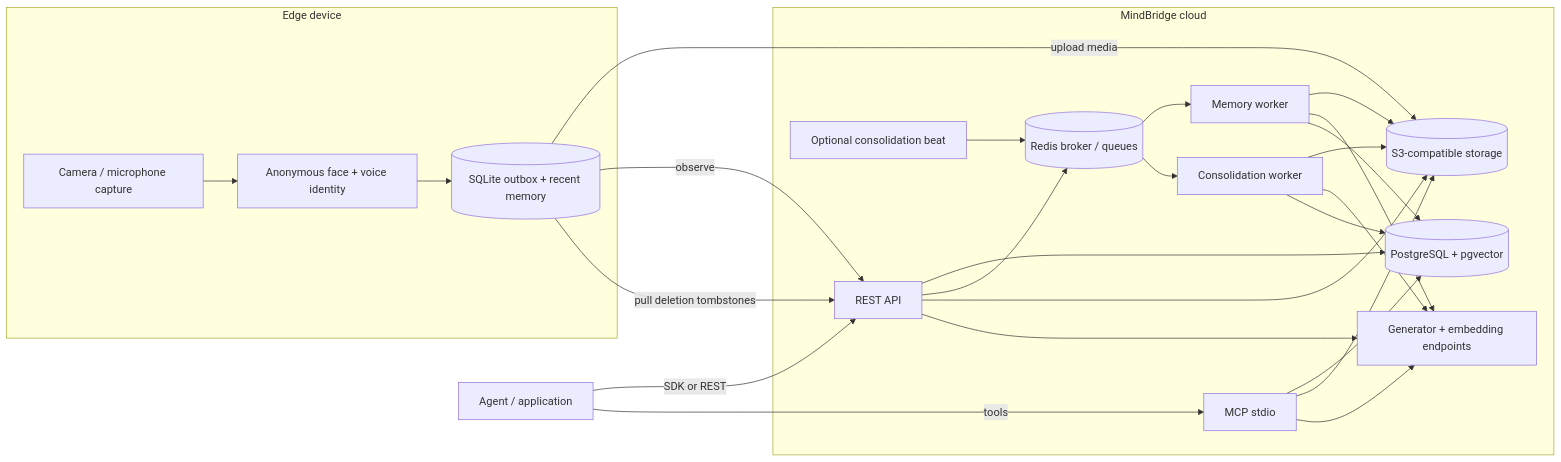
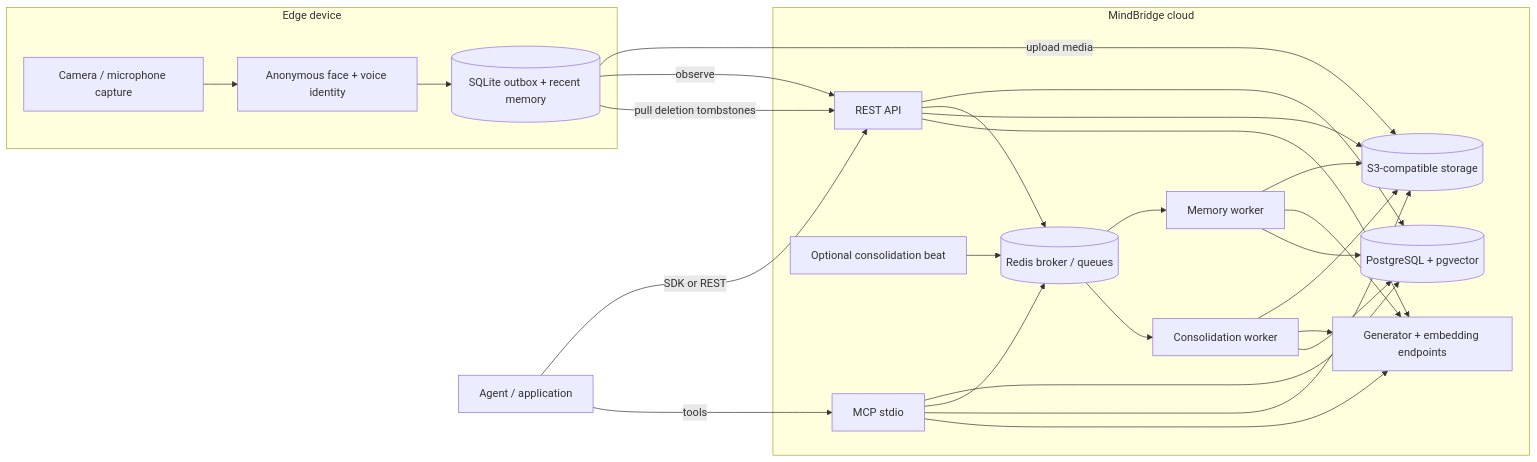
One commit to EventHorizon-Lab/MindBridge changed the diagram in README.md. Above: the diagram before and after it, drawn with Mermaid. The commit also changed other lines of this file and 2 other files, not shown here.

````diff
--- a/README.md
+++ b/README.md
@@ -72,35 +72,36 @@
 ```mermaid
 flowchart LR
   subgraph edge["Edge device"]
     capture["Camera / microphone capture"]
     identity["Anonymous face + voice identity"]
     sqlite[("SQLite outbox + recent memory")]
     capture --> identity --> sqlite
   end
 
   subgraph cloud["MindBridge cloud"]
     api["REST API"]
     mcp["MCP stdio"]
     queue[("Redis broker / queues")]
     worker["Memory worker"]
     beat["Optional consolidation beat"]
     consolidator["Consolidation worker"]
     postgres[("PostgreSQL + pgvector")]
     objects[("S3-compatible storage")]
     models["Generator + embedding endpoints"]
 
     api --> postgres
     api --> queue --> worker
     beat --> queue --> consolidator
     mcp --> postgres
+    mcp --> queue
     api & mcp & worker & consolidator --> objects
     api & mcp & worker & consolidator --> models
     worker & consolidator --> postgres
   end
 
   sqlite -->|"upload media"| objects
   sqlite -->|"observe"| api
   sqlite -->|"pull deletion tombstones"| api
   client["Agent / application"] -->|"SDK or REST"| api
   client -->|"tools"| mcp
 ```
````
